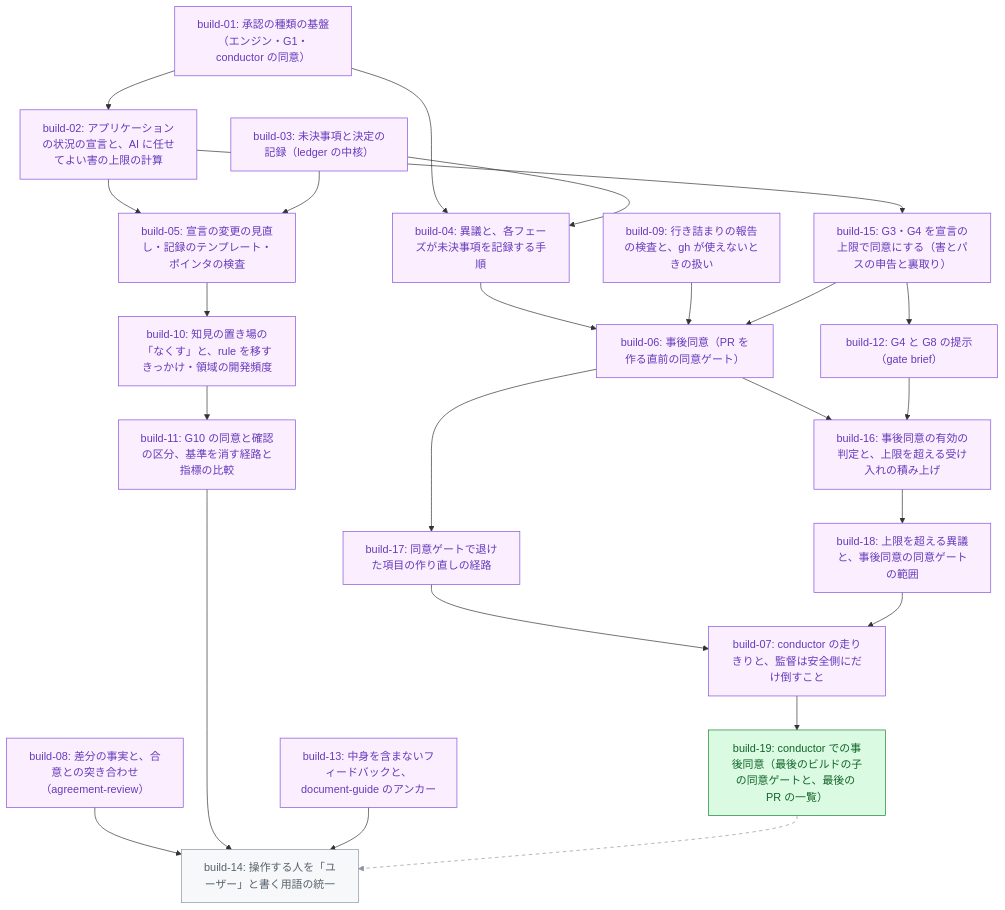
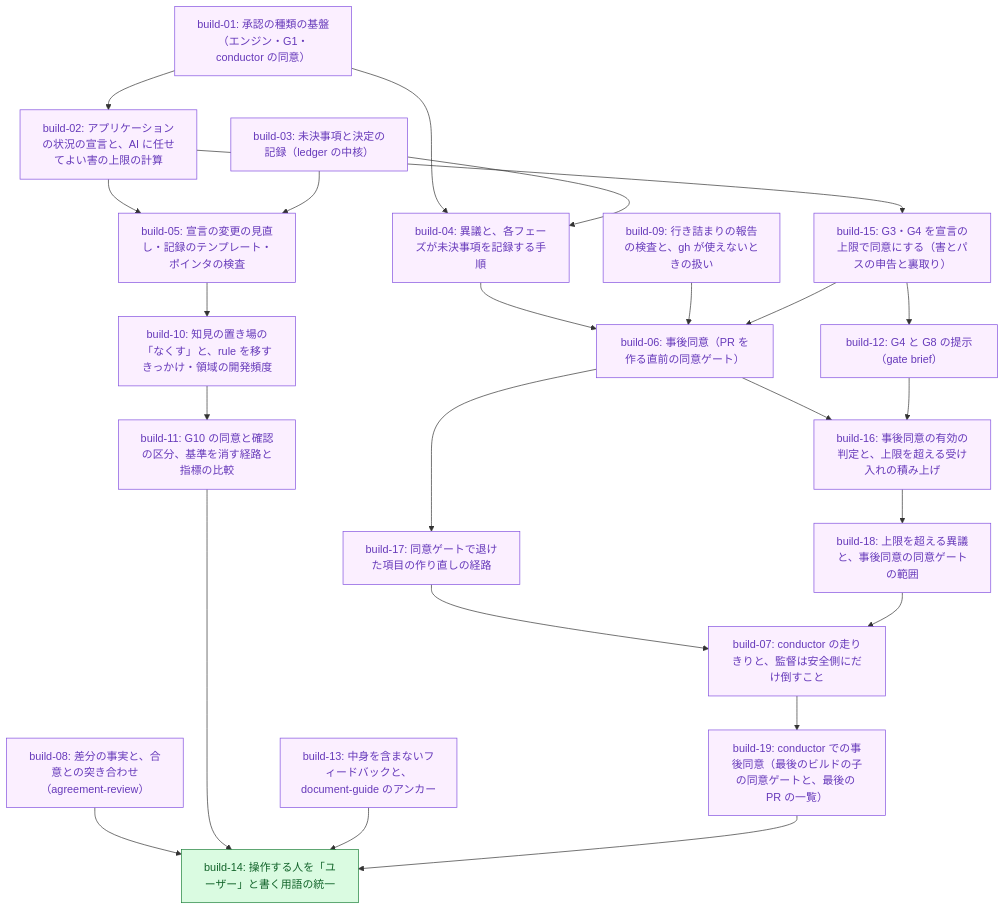
One commit to tak-solder/hikyaku changed the diagram in .hikyaku/cycles/001-v3-core-concepts/tasklist.md. Above: the diagram before and after it, drawn with Mermaid. The commit also changed other lines of this file and 1 other file, not shown here.

Commit message:
build-19: tasklist の PR 列を更新し、pr と publish の完了を記録
Claude-Session: https://claude.ai/code/session_01RJieNbZxJTuNKqjvWpTagW

````diff
--- a/.hikyaku/cycles/001-v3-core-concepts/tasklist.md
+++ b/.hikyaku/cycles/001-v3-core-concepts/tasklist.md
@@ -34,52 +34,50 @@
 ```mermaid
 graph TD
   b01["build-01: 承認の種類の基盤（エンジン・G1・conductor の同意）"]
   b02["build-02: アプリケーションの状況の宣言と、AI に任せてよい害の上限の計算"]
   b03["build-03: 未決事項と決定の記録（ledger の中核）"]
   b04["build-04: 異議と、各フェーズが未決事項を記録する手順"]
   b05["build-05: 宣言の変更の見直し・記録のテンプレート・ポインタの検査"]
   b06["build-06: 事後同意（PR を作る直前の同意ゲート）"]
   b07["build-07: conductor の走りきりと、監督は安全側にだけ倒すこと"]
   b08["build-08: 差分の事実と、合意との突き合わせ（agreement-review）"]
   b09["build-09: 行き詰まりの報告の検査と、gh が使えないときの扱い"]
   b10["build-10: 知見の置き場の「なくす」と、rule を移すきっかけ・領域の開発頻度"]
   b11["build-11: G10 の同意と確認の区分、基準を消す経路と指標の比較"]
   b12["build-12: G4 と G8 の提示（gate brief）"]
   b13["build-13: 中身を含まないフィードバックと、document-guide のアンカー"]
   b14["build-14: 操作する人を「ユーザー」と書く用語の統一"]
   b15["build-15: G3・G4 を宣言の上限で同意にする（害とパスの申告と裏取り）"]
   b16["build-16: 事後同意の有効の判定と、上限を超える受け入れの積み上げ"]
   b17["build-17: 同意ゲートで退けた項目の作り直しの経路"]
   b18["build-18: 上限を超える異議と、事後同意の同意ゲートの範囲"]
   b19["build-19: conductor での事後同意（最後のビルドの子の同意ゲートと、最後の PR の一覧）"]
   b01 --> b02
   b01 --> b04
   b03 --> b04
   b02 --> b05
   b03 --> b05
   b04 --> b06
   b09 --> b06
   b15 --> b06
   b17 --> b07
   b18 --> b07
   b05 --> b10
   b10 --> b11
   b15 --> b12
   b08 --> b14
   b11 --> b14
   b13 --> b14
-  b19 -.-> b14
+  b19 --> b14
   b02 --> b15
   b06 --> b16
   b12 --> b16
   b06 --> b17
   b16 --> b18
   b07 --> b19
   classDef merged fill:#fbefff,stroke:#8250df,color:#6639ba
   classDef ready fill:#dafbe1,stroke:#1a7f37,color:#116329
   classDef blocked fill:#f6f8fa,stroke:#8c959f,color:#57606a
-  class b01,b02,b03,b04,b05,b06,b07,b08,b09,b10,b11,b12,b13,b15,b16,b17,b18 merged
-  class b19 ready
-  class b14 blocked
-  linkStyle 16 stroke:#8c959f,stroke-dasharray:5 5
+  class b01,b02,b03,b04,b05,b06,b07,b08,b09,b10,b11,b12,b13,b15,b16,b17,b18,b19 merged
+  class b14 ready
 ```
````
